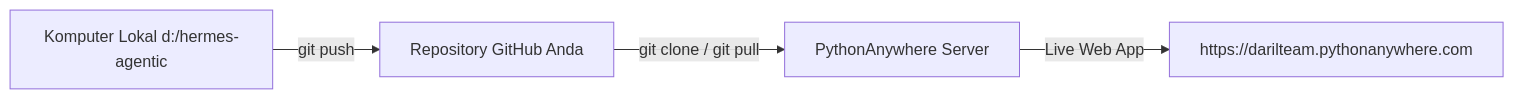
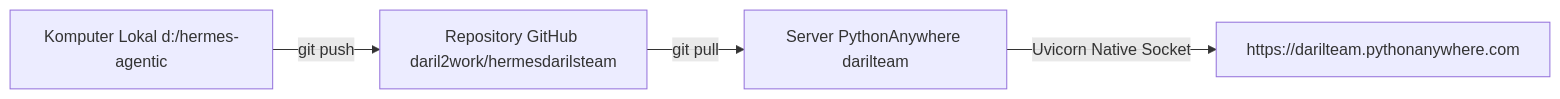
Before and after one commit to daril2work/hermesdarilsteam: the diagram in PYTHONANYWHERE_DEPLOYMENT_GUIDE.md, drawn with Mermaid. The commit also changed other lines of this file, not shown here.

Commit message:
Update deployment guide with native ASGI Uvicorn instructions

````diff
--- a/PYTHONANYWHERE_DEPLOYMENT_GUIDE.md
+++ b/PYTHONANYWHERE_DEPLOYMENT_GUIDE.md
@@ -9,6 +9,6 @@
 ```mermaid
 graph LR
-    Local[Komputer Lokal d:/hermes-agentic] -->|git push| GitHub[Repository GitHub Anda]
-    GitHub -->|git clone / git pull| PA[PythonAnywhere Server]
-    PA -->|Live Web App| Public[https://darilteam.pythonanywhere.com]
+    Local[Komputer Lokal d:/hermes-agentic] -->|git push| GitHub[Repository GitHub daril2work/hermesdarilsteam]
+    GitHub -->|git pull| PA[Server PythonAnywhere darilteam]
+    PA -->|Uvicorn Native Socket| Live[https://darilteam.pythonanywhere.com]
 ```
````
